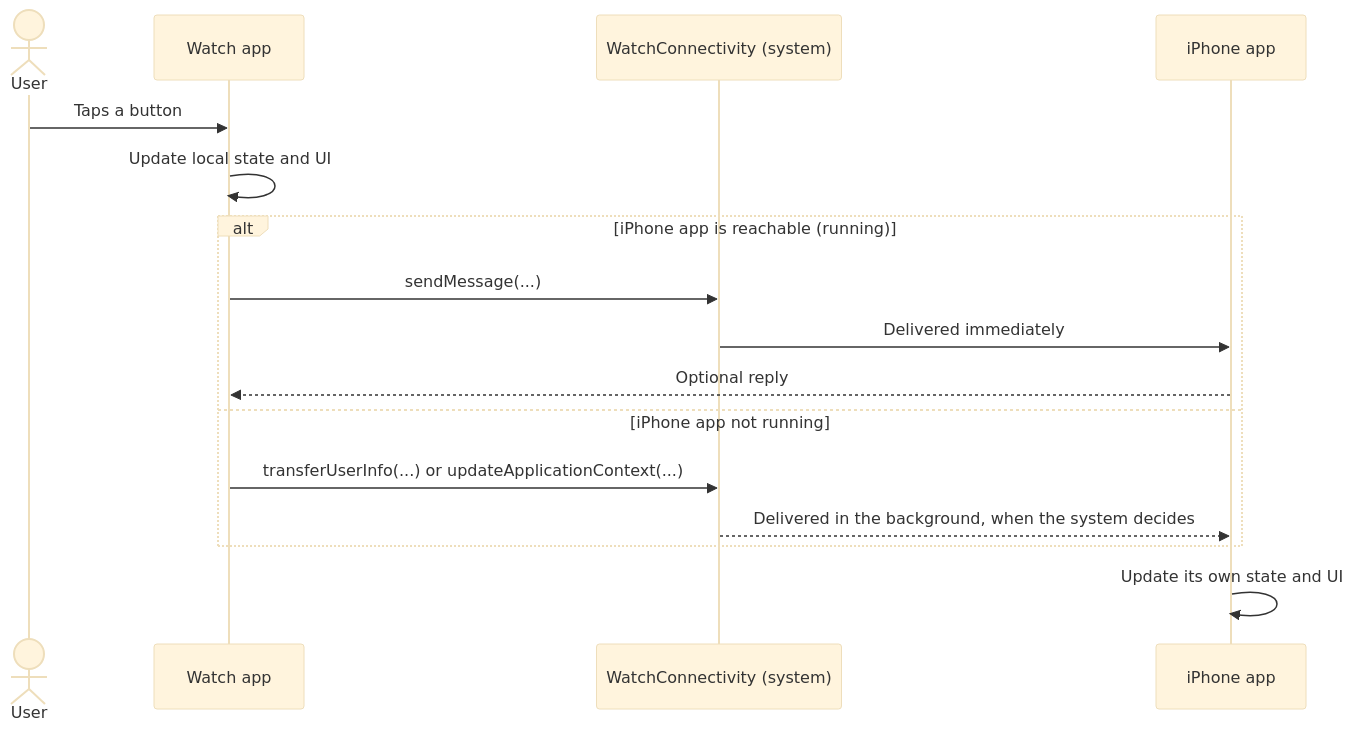
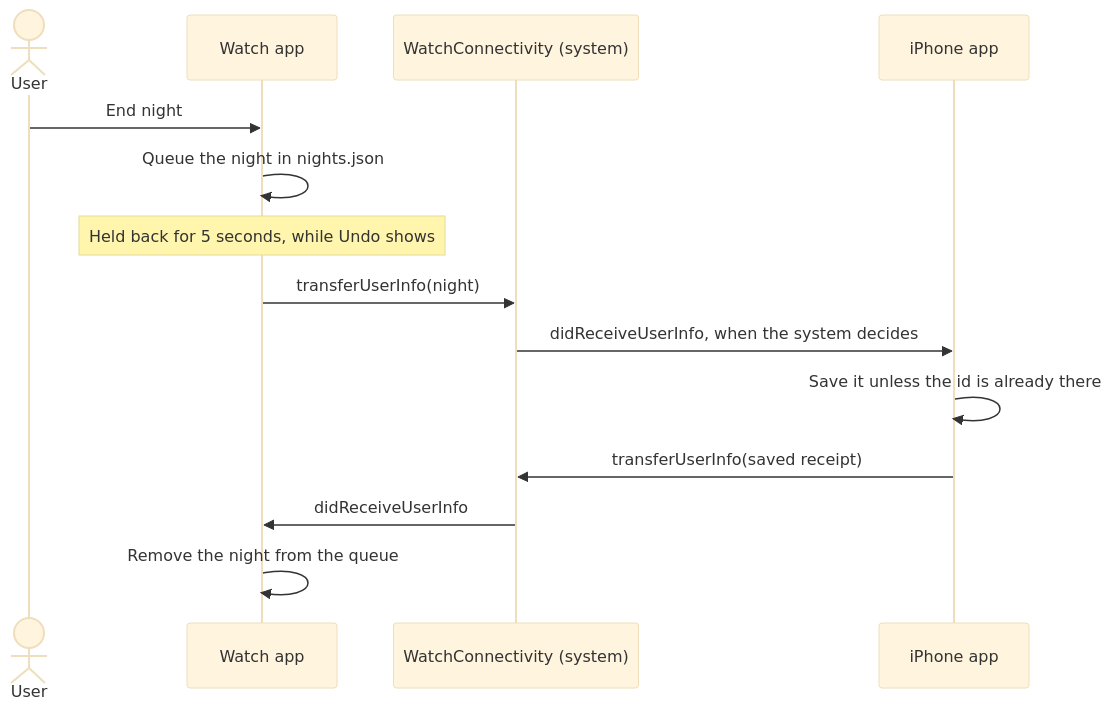
The third of 3 diagrams in docs/ARCHITECTURE.md (pablocolaiacovo/clinkr), drawn with Mermaid (base theme) before and after one commit. The commit also changed other lines of this file and 17 other files, not shown here.

First line of the commit message:
Send finished nights from the Watch to the iPhone (#75)

````diff
--- a/docs/ARCHITECTURE.md
+++ b/docs/ARCHITECTURE.md
@@ -77,21 +77,17 @@
 ```mermaid
 sequenceDiagram
     actor User
     participant W as Watch app
     participant WC as WatchConnectivity (system)
     participant P as iPhone app
 
-    User->>W: Taps a button
-    W->>W: Update local state and UI
-
-    alt iPhone app is reachable (running)
-        W->>WC: sendMessage(...)
-        WC->>P: Delivered immediately
-        P-->>W: Optional reply
-    else iPhone app not running
-        W->>WC: transferUserInfo(...) or updateApplicationContext(...)
-        WC-->>P: Delivered in the background, when the system decides
-    end
-
-    P->>P: Update its own state and UI
+    User->>W: End night
+    W->>W: Queue the night in nights.json
+    Note over W: Held back for 5 seconds, while Undo shows
+    W->>WC: transferUserInfo(night)
+    WC->>P: didReceiveUserInfo, when the system decides
+    P->>P: Save it unless the id is already there
+    P->>WC: transferUserInfo(saved receipt)
+    WC->>W: didReceiveUserInfo
+    W->>W: Remove the night from the queue
 ```
````
